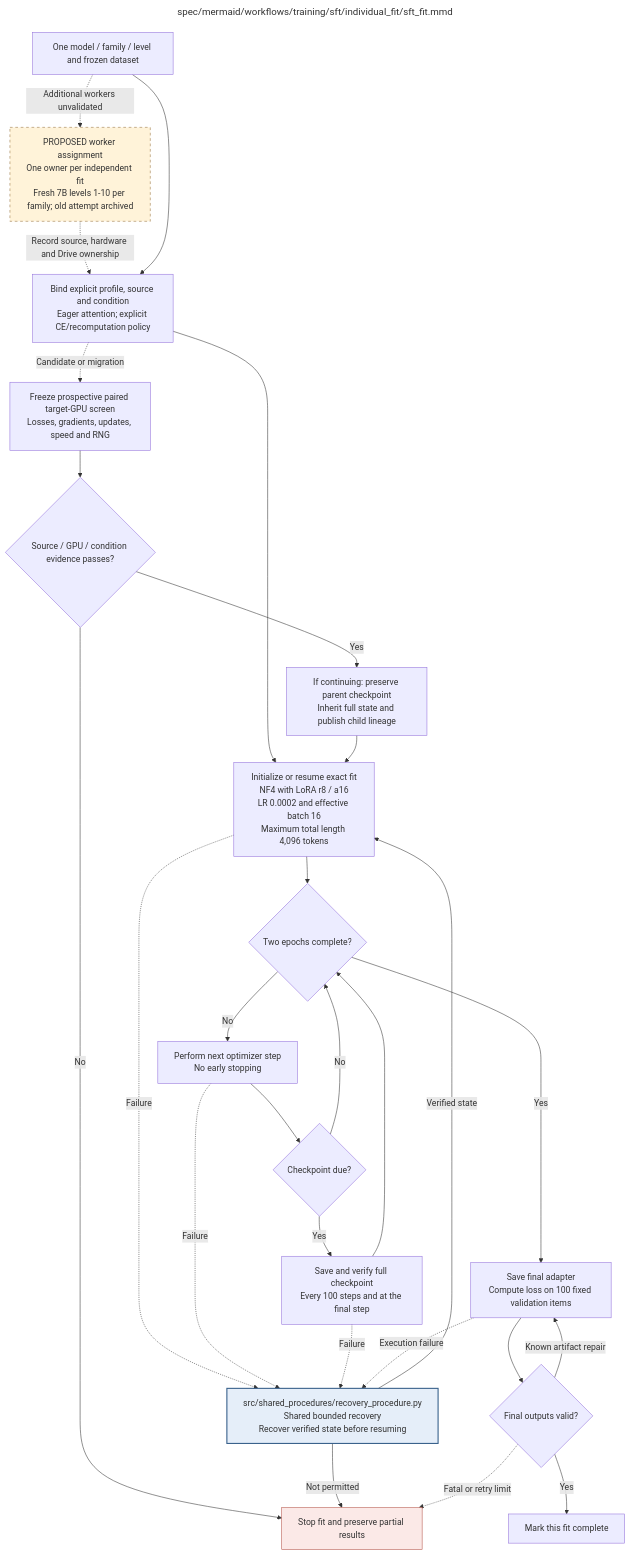
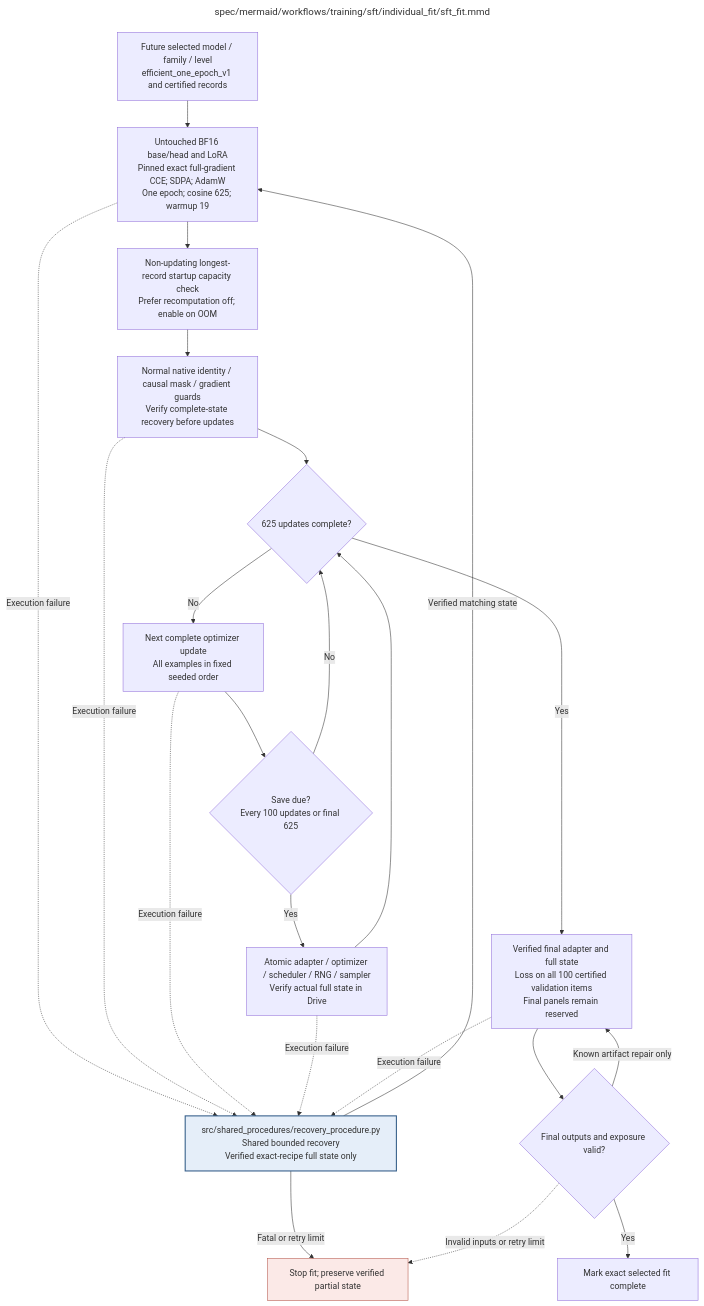
One commit to AJUNNYC/inducing_persistent_textual_chain_of_thought_illegibility changed the diagram in spec/mermaid/workflows/training/sft/individual_fit/sft_fit.mmd. Above: the diagram before and after it, drawn with Mermaid. The commit also changed 30 other files, not shown here.

Commit message:
Integrate final SFT decisions into protocol PDF, diagrams and documentation

```diff
--- a/spec/mermaid/workflows/training/sft/individual_fit/sft_fit.mmd
+++ b/spec/mermaid/workflows/training/sft/individual_fit/sft_fit.mmd
@@ -1,101 +1,54 @@
 ---
 title: "spec/mermaid/workflows/training/sft/individual_fit/sft_fit.mmd"
 ---
 flowchart TD
-%% Individual SFT fit
-%% Edit quoted node labels directly; this is native Mermaid.
-%% Source 05f42b0 recovery accepted no recomputation only for 7B ROT13 level 1 on RTX PRO 6000 Blackwell 96GB.
-%% CUDA input caching failed speed; other conditions retain the original execution defaults.
-%% CE defaults to spatial_ce; source 6d21fff flat/fused forward candidates failed numerical bounds.
-%% Source 218900d accepted stock spatial forward/tiled backward only for 7B ROT13 level 1 on Blackwell96GB.
-%% Historical source 218900d inherited step 401 with preserved parent checkpoints and verified Drive state.
-%% Source a6e3295 accepted spatial_scheduled_ce for the same selected condition; serial FP32 forward order retained.
-%% Two counterbalanced step-509 pairs passed bitwise state/RNG and additional 24.70-24.98% median time reduction.
-%% Historical a6e3295 lineage began at step 509 with preserved parent bytes.
-%% Final source 07f8a68 copy-removal trial passed bitwise state/RNG but failed speed; rejected.
-%% Historical resume: accepted a6e3295 from step 673 in the same lineage; no new migration.
-%% Historical PRO session paused at step 987/1250; checkpoint archived in Drive.
-%% Current: two A100 40GB baseline queues, 7B ROT13 and KaziText levels 1-10, fresh restart.
-%% Optimization rounds are closed; all scientific settings and 40 planned fits are retained.
-%% PROPOSED only: two PRO 6000 workers for 14B and two Colab A100 workers for remaining 7B fits.
-%% Native 7B baseline controls passed on both A100s; 14B remains unstarted.
-%% No user-imposed wall-clock deadline; whole checkpoints require Drive verification.
-%% Planning source: docs/sft_multi_gpu_execution_plan.md; forecasts are estimates, not benchmarks.
-%% Loss trials compare against active no recomputation; preserve latest full-state progress and RNG.
-%% Execution contract: known faults use bounded recovery; unclassified/persistent faults stop the worker.
-%% Frozen invalid inputs are fatal. Unrecoverable child failures propagate; never release incomplete results.
-%% Individual SFT fit
-%% No warm-start from another level; only an exact-fit full checkpoint may resume training.
-%% SFT setup and resumption
-%% NF4 double quantization, BF16; original activation-checkpointing default is enabled.
-%% A measured explicit profile may override activation recomputation after identical PEFT preparation.
-%% Immutable CUDA input caching preserves per-example tensors, sampler order and microbatch shapes.
-%% Source/hardware/profile migration preserves parent full state and writes separate verified lineage.
-%% LoRA rank 8 / alpha 16 / dropout .05; attention and MLP targets.
-%% LR 2e-4; paged AdamW32; cosine schedule; warmup 3%; weight decay 0.
-%% Microbatch 1; gradient accumulation 16; effective batch 16; max length 4096; seed 42.
-%% Known setup failures use shared bounded recovery before this procedure returns STOP.
-%% A corrupt claimed recovery checkpoint must not silently cause a fresh run with overwritten provenance.
-%% SFT optimization
-%% Full checkpoint includes adapter, optimizer, scheduler, RNG and data position.
-%% Interrupted updates roll back to a verified full checkpoint; counters survive rollback.
-%% If interruption occurs before the first checkpoint, an explicitly recorded fresh restart uses the fixed seed.
-%% No early stopping; scientific validation results cannot alter the fixed two-epoch schedule.
-%% SFT final validation and saving
-%% Retain already valid upstream artifacts; retry only the failed save or validation computation.
-%% Validation loss is reported; it does not trigger early stopping or extra training.
-%% SETUP verifies full checkpoint identity/integrity or initializes an untouched base; corrupt existing recovery state is not silently discarded.
-%% SETUP applies masking, gradient and data-identity checks before any update. Effective batch 16 and max length 4096.
-%% AUDIT->FINAL permits only a known safe artifact repair within persistent finite retry budgets. Frozen-input faults stop.
-%% Retry only the failed final save / validation operation; retain valid upstream outputs and trained state.
-%% Interrupted updates require rollback to verified state; replay is recorded and never resets retry counters.
+%% efficient_one_epoch_v1: BF16 unquantized base/head, full-gradient direct CCE, SDPA, AdamW.
+%% CCE pinned upstream; filter_eps=None, filter_e_grad=False, filter_c_grad=False.
+%% FP32 loss and hidden-gradient accumulation; no gradient pruning or Qwen patch.
+%% No materialized full token-by-vocabulary logits; no equivalence to historical FP32 head promised.
+%% All 10,000 examples once; 625 updates and 19 warmup; micro 1 / accumulation 16 / effective 16.
+%% Completion-only per-example means; full 4096 eligibility without truncation; seed 42.
+%% LoRA 8 / 16 / .05, all seven projections, LR 2e-4, zero decay, max norm .3.
+%% Checkpoints every 100 updates and final 625; actual Drive verification before retention/completion.
+%% Normal native startup guards unrun; no optimization campaign, no selected job, all training PAUSED.
+%% Prefer checkpointing off; a non-updating longest-record capacity probe may enable recomputation on OOM.
+%% Exact-fit recovery restores the recorded policy; old NF4 states cannot be relabelled.
 %% Child: RECOVER => ../../../shared_procedures/recovery_procedure.mmd
-    INPUT["One model / family / level and frozen dataset"]
-    SETUP["Initialize or resume exact fit<br/>NF4 with LoRA r8 / a16<br/>LR 0.0002 and effective batch 16<br/>Maximum total length 4,096 tokens"]
-    DONE{"Two epochs complete?"}
-    STEP["Perform next optimizer step<br/>No early stopping"]
-    DUE{"Checkpoint due?"}
-    SAVE["Save and verify full checkpoint<br/>Every 100 steps and at the final step"]
+    INPUT["Future selected model / family / level<br/>efficient_one_epoch_v1 and certified records"]
+    SETUP["Untouched BF16 base/head and LoRA<br/>Pinned exact full-gradient CCE; SDPA; AdamW<br/>One epoch; cosine 625; warmup 19"]
+    CAPACITY["Non-updating longest-record startup capacity check<br/>Prefer recomputation off; enable on OOM"]
+    GUARDS["Normal native identity / causal mask / gradient guards<br/>Verify complete-state recovery before updates"]
+    DONE{"625 updates complete?"}
+    STEP["Next complete optimizer update<br/>All examples in fixed seeded order"]
+    DUE{"Save due?<br/>Every 100 updates or final 625"}
+    SAVE["Atomic adapter / optimizer / scheduler / RNG / sampler<br/>Verify actual full state in Drive"]
+    FINAL["Verified final adapter and full state<br/>Loss on all 100 certified validation items<br/>Final panels remain reserved"]
+    AUDIT{"Final outputs and exposure valid?"}
+    OUT["Mark exact selected fit complete"]
+    RECOVER["src/shared_procedures/recovery_procedure.py<br/>Shared bounded recovery<br/>Verified exact-recipe full state only"]
+    STOP["Stop fit; preserve verified partial state"]
+    INPUT --> SETUP --> CAPACITY --> GUARDS --> DONE
     DONE -->|No| STEP --> DUE
     DUE -->|Yes| SAVE --> DONE
     DUE -->|No| DONE
-    FINAL["Save final adapter<br/>Compute loss on 100 fixed validation items"]
-    AUDIT{"Final outputs valid?"}
-    OUT["Mark this fit complete"]
-    FINAL --> AUDIT
+    DONE -->|Yes| FINAL --> AUDIT
     AUDIT -->|Yes| OUT
-    AUDIT -->|Known artifact repair| FINAL
-    RECOVER["src/shared_procedures/recovery_procedure.py<br/>Shared bounded recovery<br/>Recover verified state before resuming"]
-    STOP["Stop fit and preserve partial results"]
-    PROFILE["Bind explicit profile, source and condition<br/>Eager attention; explicit CE/recomputation policy"]
-    MEASURE["Freeze prospective paired target-GPU screen<br/>Losses, gradients, updates, speed and RNG"]
-    ACCEPT{"Source / GPU / condition evidence passes?"}
-    MIGRATE["If continuing: preserve parent checkpoint<br/>Inherit full state and publish child lineage"]
-    PROPOSED["PROPOSED worker assignment<br/>One owner per independent fit<br/>Fresh 7B levels 1-10 per family; old attempt archived"]
-    INPUT -.->|Additional workers unvalidated| PROPOSED
-    PROPOSED -.->|Record source, hardware and Drive ownership| PROFILE
-    INPUT --> PROFILE --> SETUP --> DONE
-    PROFILE -.->|Candidate or migration| MEASURE --> ACCEPT
-    ACCEPT -->|Yes| MIGRATE --> SETUP
-    ACCEPT -->|No| STOP
-    DONE -->|Yes| FINAL
-    SETUP -.->|Failure| RECOVER
-    STEP -.->|Failure| RECOVER
-    SAVE -.->|Failure| RECOVER
+    AUDIT -->|Known artifact repair only| FINAL
+    SETUP -.->|Execution failure| RECOVER
+    GUARDS -.->|Execution failure| RECOVER
+    STEP -.->|Execution failure| RECOVER
+    SAVE -.->|Execution failure| RECOVER
     FINAL -.->|Execution failure| RECOVER
-    RECOVER -->|Verified state| SETUP
-    RECOVER -->|Not permitted| STOP
-    AUDIT -.->|Fatal or retry limit| STOP
+    RECOVER -->|Verified matching state| SETUP
+    RECOVER -->|Fatal or retry limit| STOP
+    AUDIT -.->|Invalid inputs or retry limit| STOP
     classDef detail fill:#e5eef9,stroke:#365f8a,stroke-width:2px
     class RECOVER detail
     classDef stop fill:#fbe9e7,stroke:#b45448
     class STOP stop
 
 %% Repository module: src/training/sft/individual_fit/sft_fit.py
 %% Module documentation: docs/modules/training/sft/individual_fit/sft_fit.md
 %% Unit test: tests/unit/training/sft/individual_fit/test_sft_fit.py
 %% Owner: sft
-%% Source sections: C.2.2–C.2.4; E.1.3; E.2.4,E.2.6; H.9
-
-    classDef proposal fill:#fff3d9,stroke:#95733f,stroke-dasharray:5 5
-    class PROPOSED proposal
+%% Source sections: C.2.2-C.2.4; E.1.3; E.2.4,E.2.6; H.9; authorized efficient redesign
```
